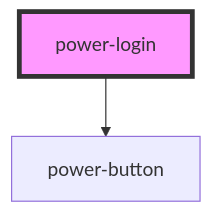
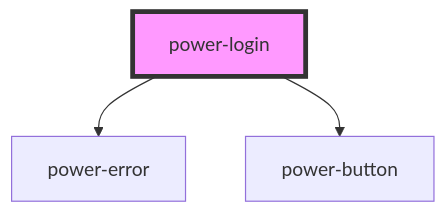
The diagram in stencil-web-components/src/components/power-login/readme.md (planavsky82/planavsky-com), drawn with Mermaid before and after one commit. The commit also changed other lines of this file and 4 other files, not shown here.

````diff
--- a/stencil-web-components/src/components/power-login/readme.md
+++ b/stencil-web-components/src/components/power-login/readme.md
@@ -30,5 +31,6 @@
 ```mermaid
 graph TD;
+  power-login --> power-error
   power-login --> power-button
   style power-login fill:#f9f,stroke:#333,stroke-width:4px
 ```
````
